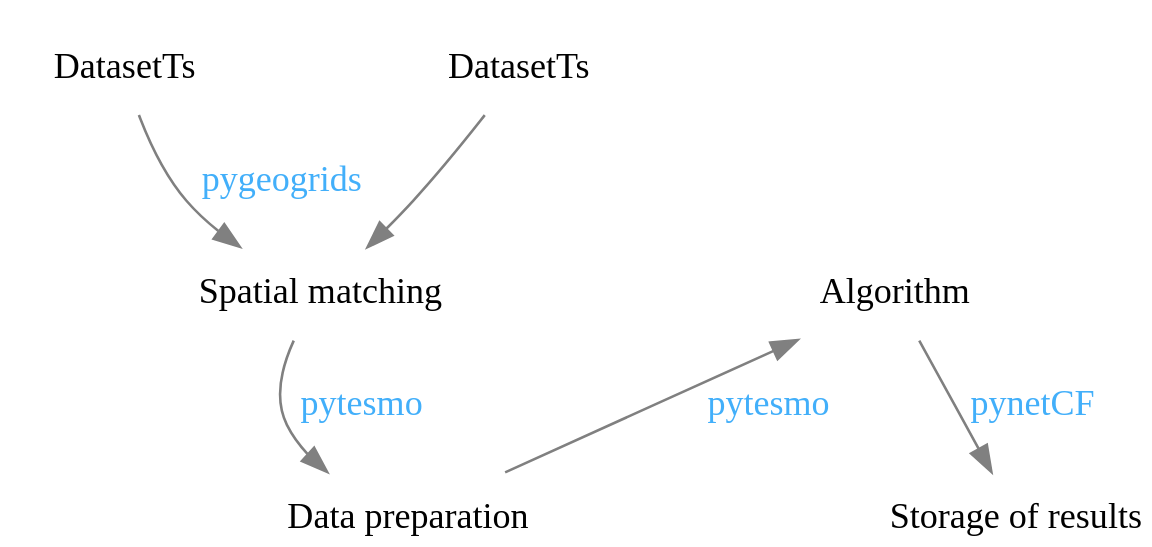
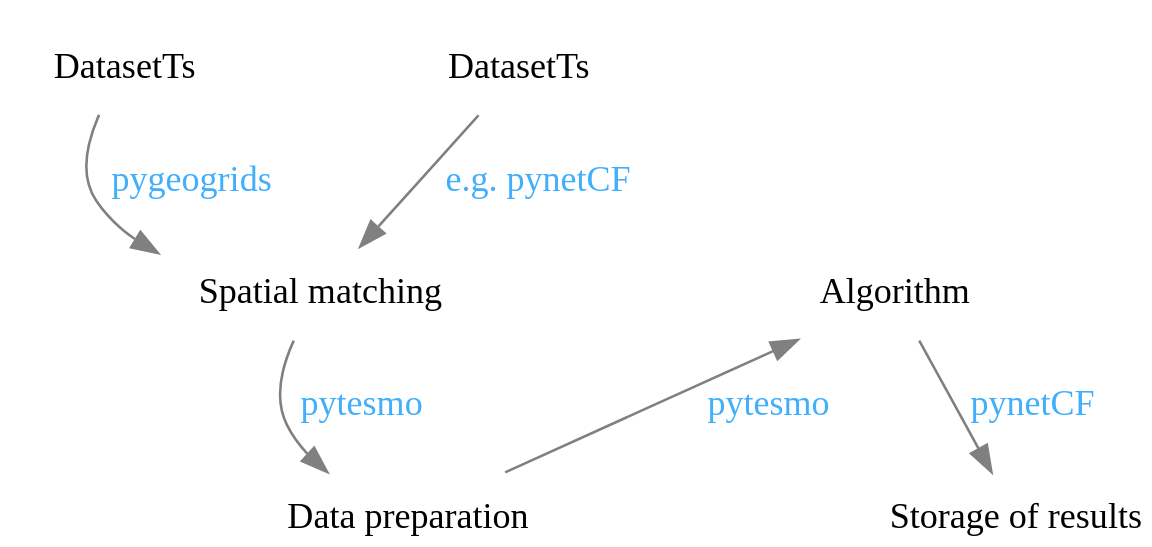
One commit to cpaulik/2015-eoscience2.0 changed the fifth of 5 diagrams in index.org. Above: the diagram before and after it, drawn with Graphviz. The commit also changed 1 other file, not shown here.

Commit message:
Update workflow packages

```diff
--- a/index.org
+++ b/index.org
@@ -351,26 +351,26 @@
 #+begin_src dot :file ./img/workflow-packages.svg :cmdline -Kdot -Tsvg
 digraph G {
                 resolution=100
                 rankdir=UD
                 bgcolor=Transparent
                 fontcolor=White
                 nodesep=1.0
                 
                 node [style="filled", color=White, fontname="Hack" ,shape=box] //All nodes will this shape and colour
                 edge [color=Gray fontname="Hack" fontcolor="#42affa"] //All the lines look like this
                 
                 data [label="DatasetTs" shape=Mrecord]
                 data1 [label="DatasetTs" shape=Mrecord]
                 spatial [label="Spatial matching"]
                 dataprep [label="Data preparation"]
                 algo [label="Algorithm"]
                 store [label="Storage of results" shape=Mrecord]
 
-                {data1}->spatial 
+                {data1}->spatial [label="e.g. pynetCF"]
                 {data}->spatial [label="pygeogrids"]
                 spatial->dataprep [label="pytesmo"]
                 dataprep->algo [label="pytesmo"]
                 algo->store [label="pynetCF"]
                 {rank=same; spatial algo}
 }
 #+end_src
```
